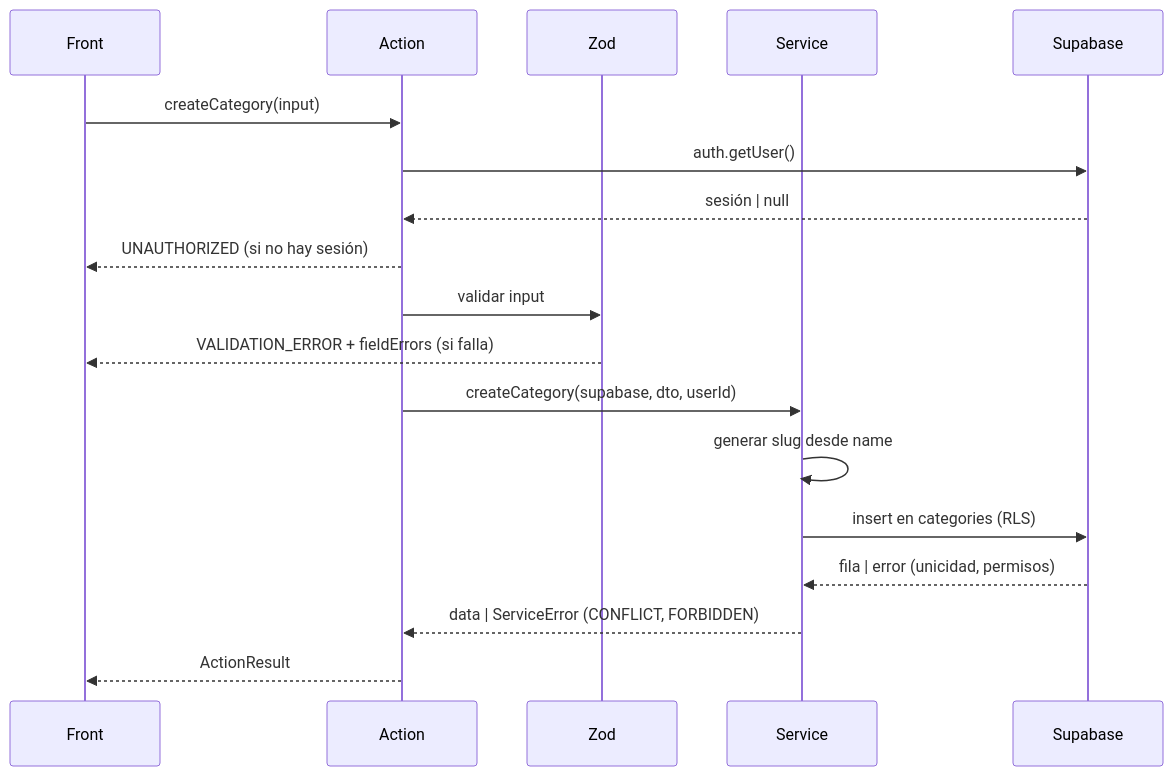
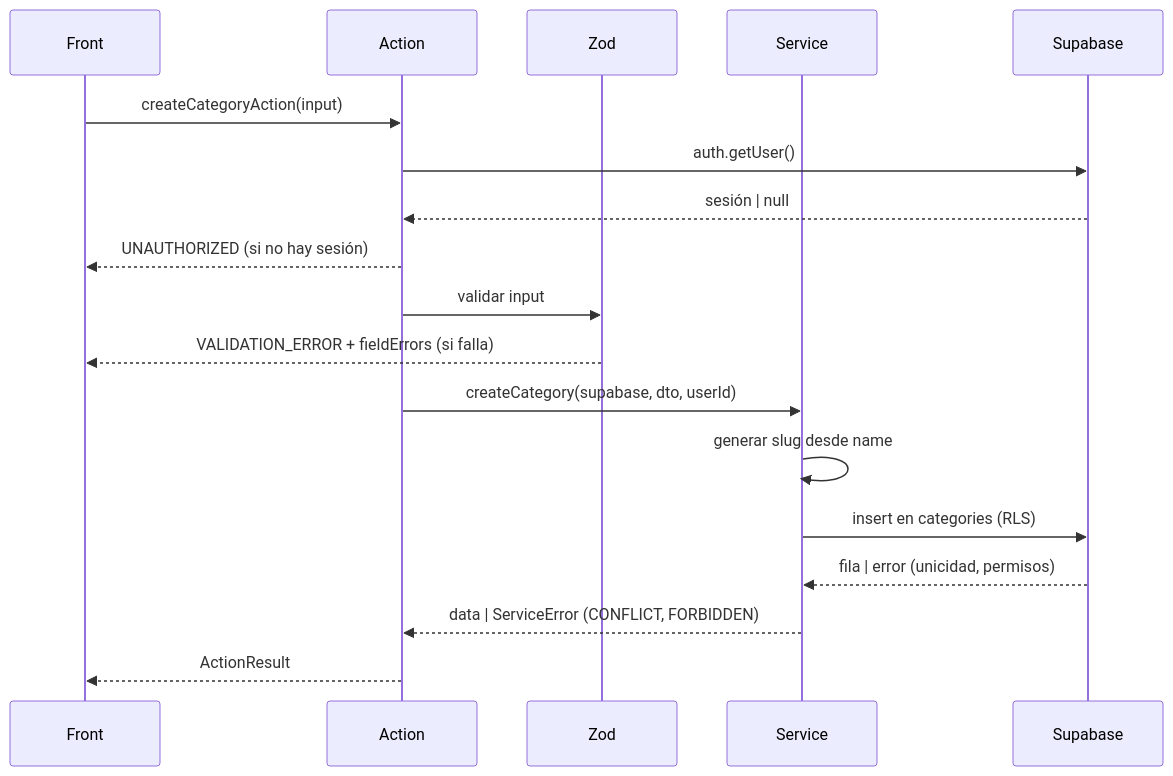
Before and after one commit to Programati/restoDev: the diagram in docs/contracts/categories/createCategory.md, drawn with Mermaid. The commit also changed other lines of this file and 27 other files, not shown here.

````diff
--- a/docs/contracts/categories/createCategory.md
+++ b/docs/contracts/categories/createCategory.md
@@ -93,20 +110,20 @@
 ```mermaid
 sequenceDiagram
   participant Front
   participant Action
   participant Zod
   participant Service
   participant Supabase
-  Front->>Action: createCategory(input)
+  Front->>Action: createCategoryAction(input)
   Action->>Supabase: auth.getUser()
   Supabase-->>Action: sesión | null
   Action-->>Front: UNAUTHORIZED (si no hay sesión)
   Action->>Zod: validar input
   Zod-->>Front: VALIDATION_ERROR + fieldErrors (si falla)
   Action->>Service: createCategory(supabase, dto, userId)
   Service->>Service: generar slug desde name
   Service->>Supabase: insert en categories (RLS)
   Supabase-->>Service: fila | error (unicidad, permisos)
   Service-->>Action: data | ServiceError (CONFLICT, FORBIDDEN)
   Action-->>Front: ActionResult
 ```
````
